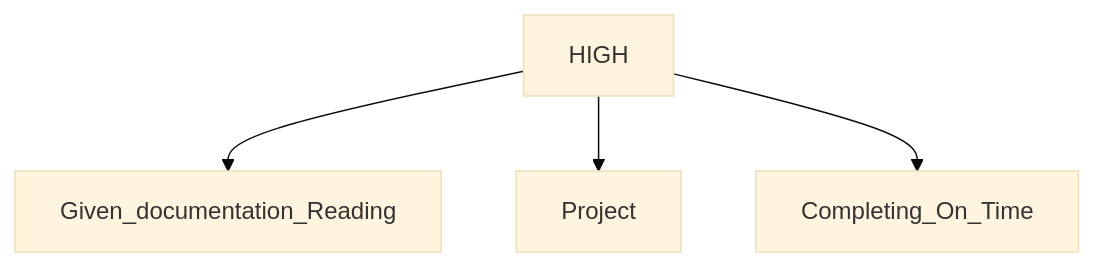
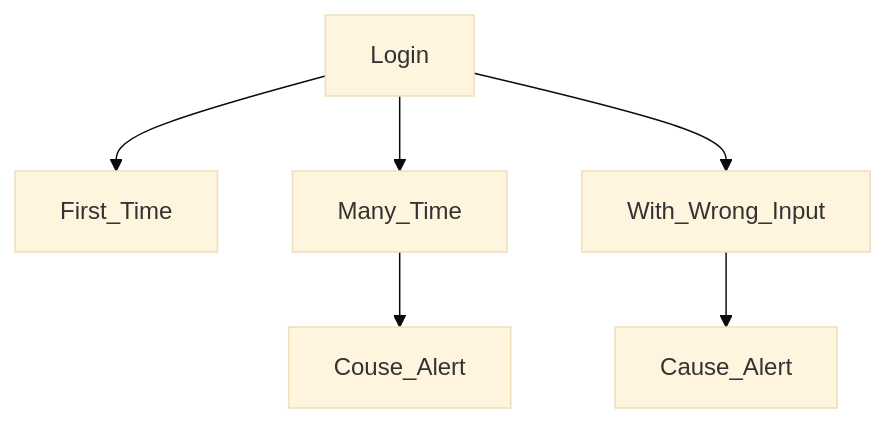
One commit to RouthKiranBabu/CWP_B39 changed the second of 2 diagrams in README.md. Above: the diagram before and after it, drawn with Mermaid (base theme). The commit also changed other lines of this file, not shown here.

````diff
--- a/README.md
+++ b/README.md
@@ -30,6 +32,8 @@
 ```mermaid
 graph TD;
-    HIGH-->Given_documentation_Reading;
-    HIGH-->Project;
-    HIGH-->Completing_On_Time;
+    Login-->First_Time;
+    Login-->Many_Time;
+    Login-->With_Wrong_Input;
+    Many_Time-->Couse_Alert;
+    With_Wrong_Input-->Cause_Alert;
 ```
````
